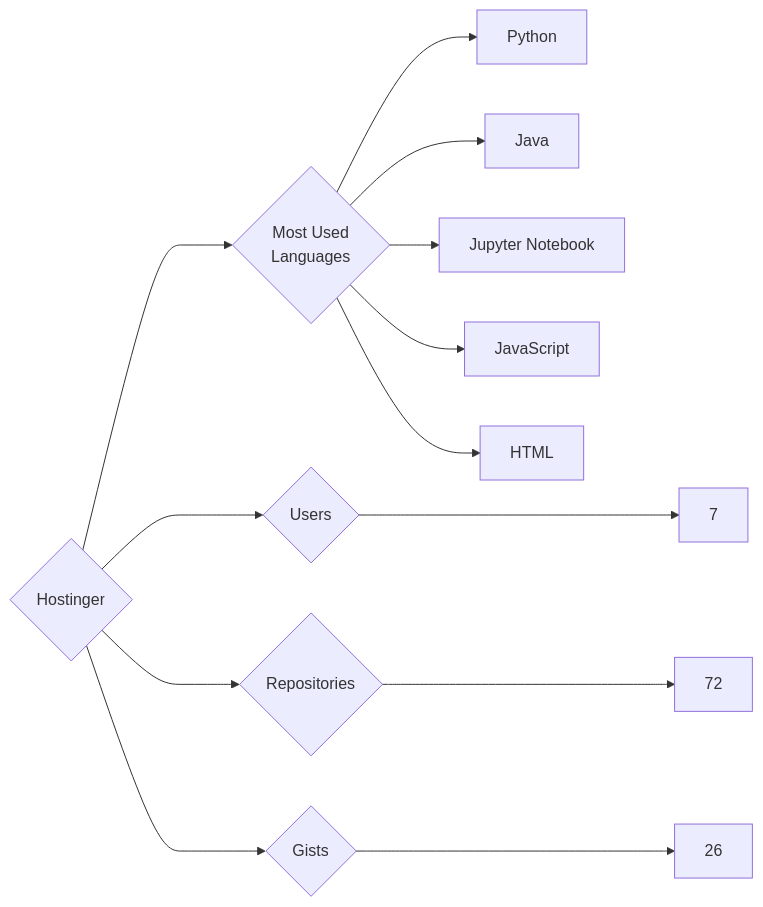
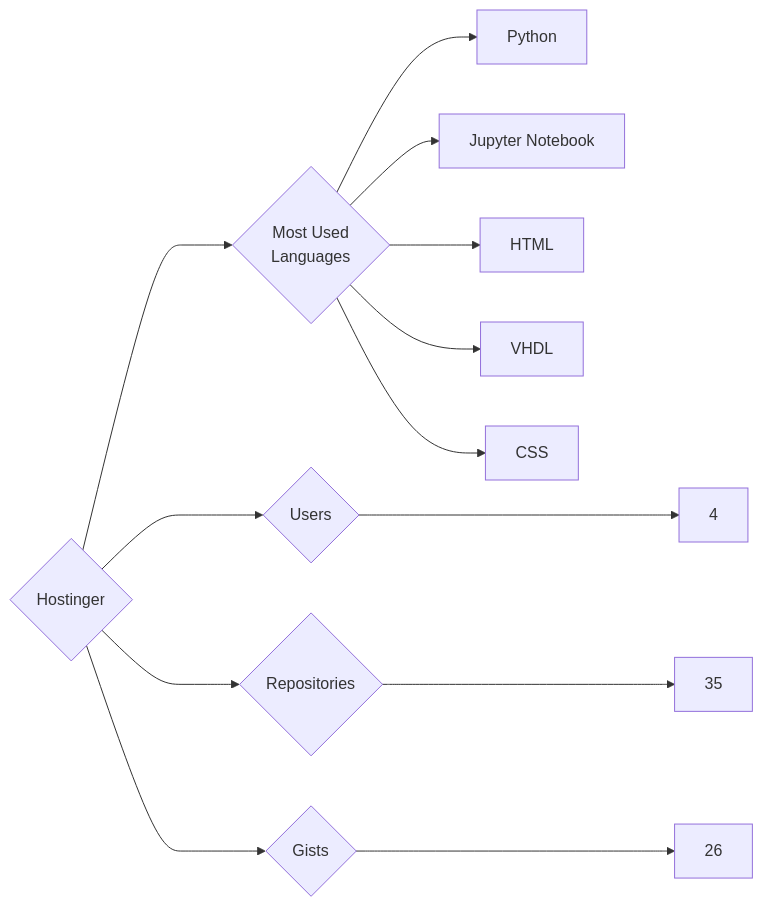
The diagram in targets/Hostinger/README.md (trickest/insiders), drawn with Mermaid before and after one commit. The commit also changed 993 other files, not shown here.

````diff
--- a/targets/Hostinger/README.md
+++ b/targets/Hostinger/README.md
@@ -3,13 +3,13 @@
 ```mermaid
 graph LR
 COMPANY_NAME{Hostinger}
-COMPANY_NAME ---> U{Users} ---> UN[7]
-COMPANY_NAME ---> R{Repositories} ---> RN[72]
+COMPANY_NAME ---> U{Users} ---> UN[4]
+COMPANY_NAME ---> R{Repositories} ---> RN[35]
 COMPANY_NAME ---> G{Gists} ---> GN[26]
 COMPANY_NAME ---> ML{Most Used<br>Languages}
 ML --> Python[Python]
-ML --> Java[Java]
 ML --> Jupyter_Notebook[Jupyter Notebook]
-ML --> JavaScript[JavaScript]
 ML --> HTML[HTML]
+ML --> VHDL[VHDL]
+ML --> CSS[CSS]
 ```
````
